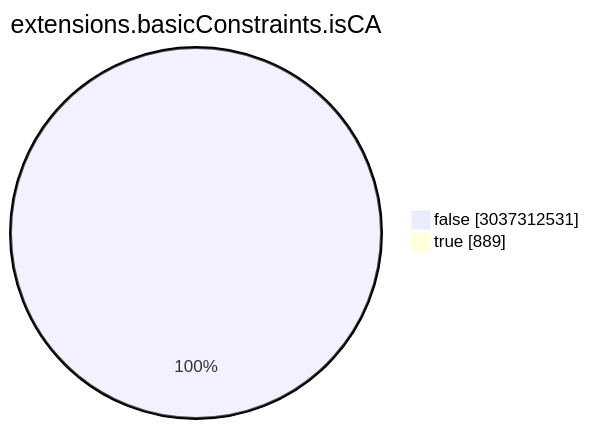
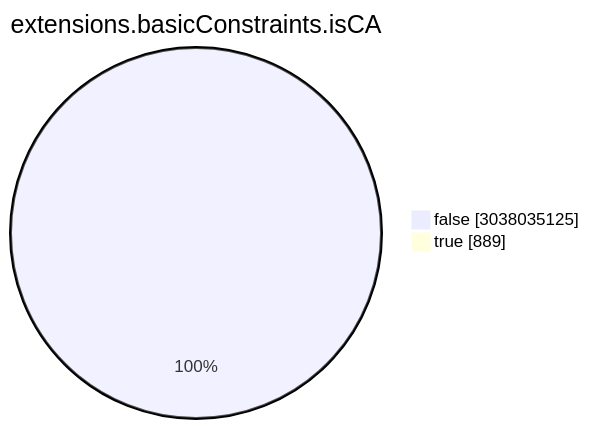
Before and after one commit to christiankrug/ctmonitor_visualization: the seventh of 15 diagrams in TOTAL/README.md, drawn with Mermaid. The commit also changed other lines of this file, not shown here.

````diff
--- a/TOTAL/README.md
+++ b/TOTAL/README.md
@@ -3088,6 +3088,6 @@
 ```mermaid
 pie showData
 title extensions.basicConstraints.isCA
-"false" :3037312531
+"false" :3038035125
 "true" :889
 ```
````
